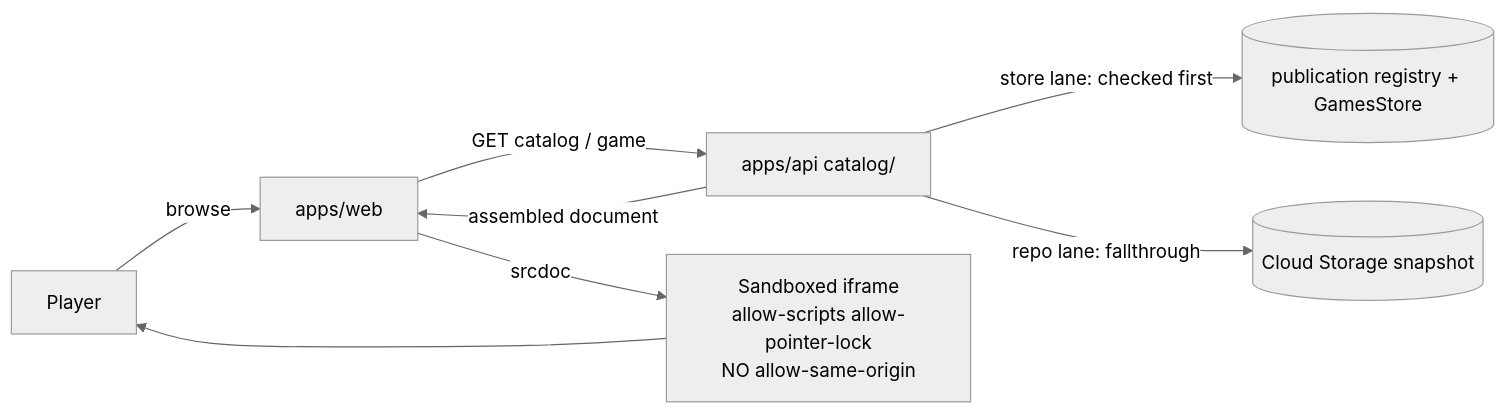
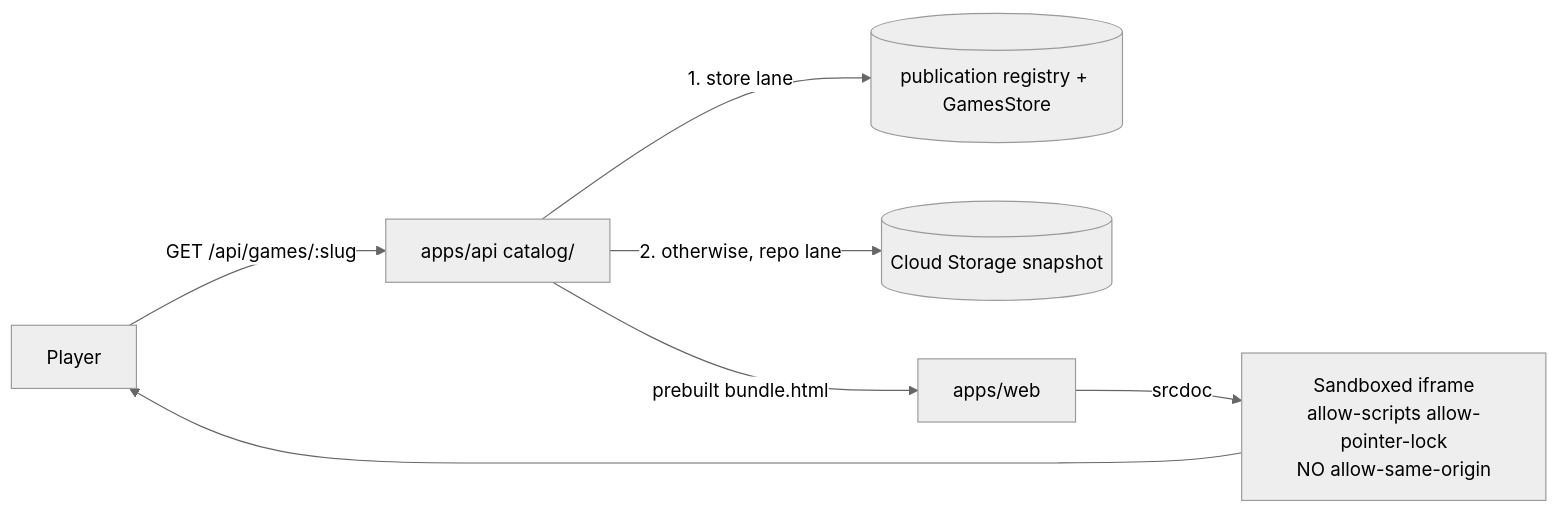
The first of 2 diagrams in docs/architecture.md (gamedevpl/www.gamedev.pl), drawn with Mermaid (neutral theme) before and after one commit. The commit also changed other lines of this file, not shown here.

````diff
--- a/docs/architecture.md
+++ b/docs/architecture.md
@@ -175,10 +178,9 @@
 ```mermaid
 flowchart LR
-    P[Player] -->|browse| Web[apps/web]
-    Web -->|GET catalog / game| API[apps/api catalog/]
-    API -->|store lane: checked first| Reg[(publication registry + GamesStore)]
-    API -->|repo lane: fallthrough| Snap[(Cloud Storage snapshot)]
-    API -->|assembled document| Web
+    P[Player] -->|GET /api/games/:slug| API[apps/api catalog/]
+    API -->|1. store lane| Reg[(publication registry + GamesStore)]
+    API -->|2. otherwise, repo lane| Snap[(Cloud Storage snapshot)]
+    API -->|prebuilt bundle.html| Web[apps/web]
     Web -->|srcdoc| IF["Sandboxed iframe<br/>allow-scripts allow-pointer-lock<br/>NO allow-same-origin"]
     IF --> P
 ```
````
